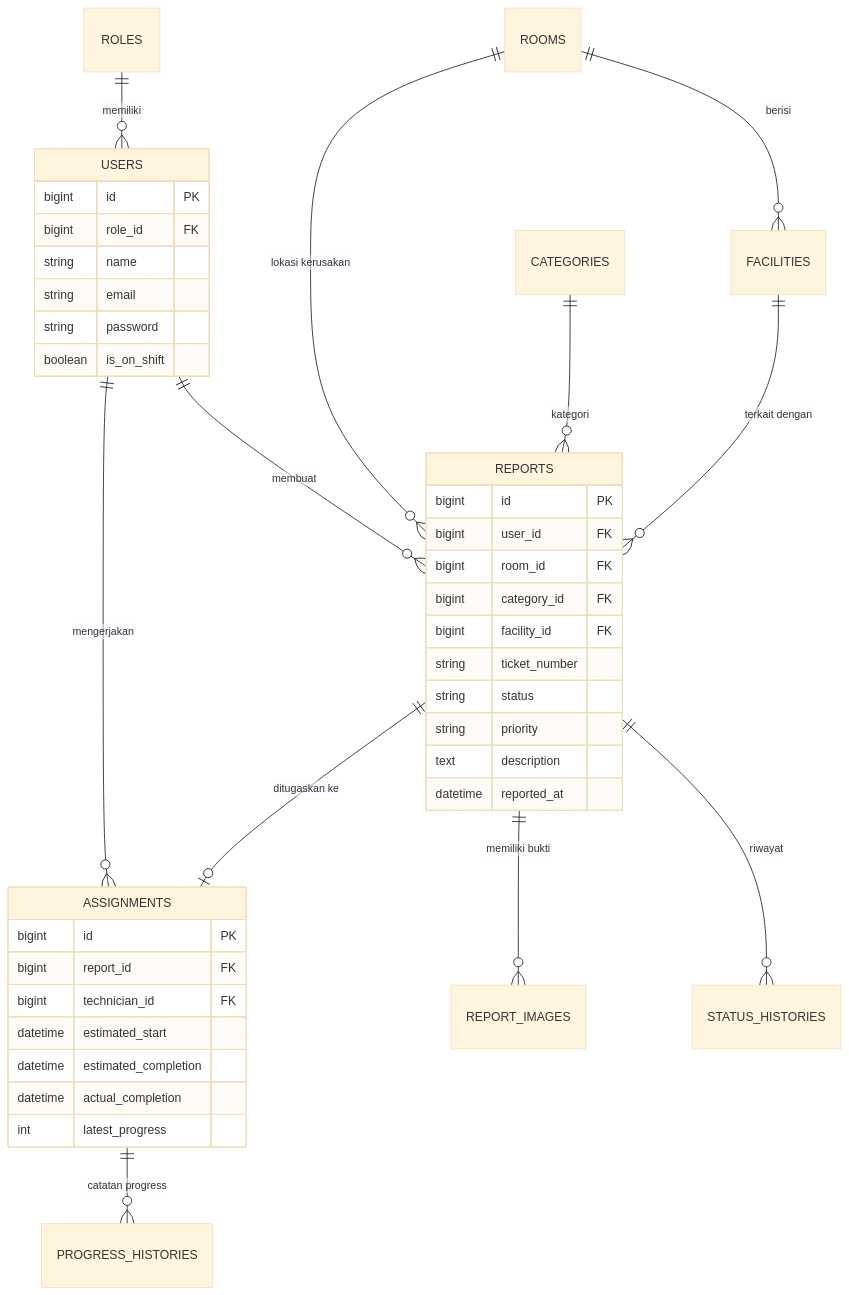
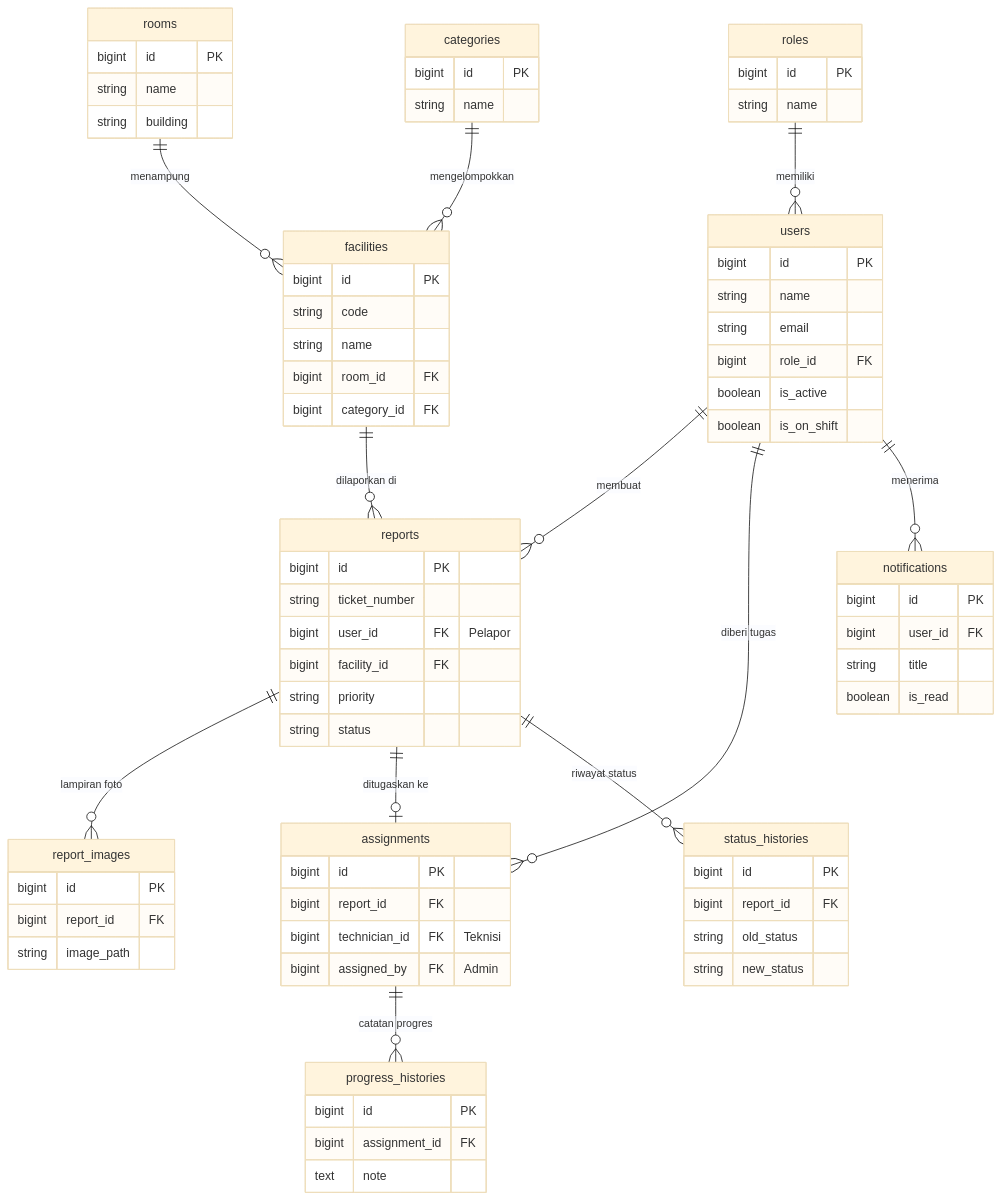
Before and after one commit to adiprasetyo045/simfas-rsu-kendal: the second of 3 diagrams in DOKUMENTASI_SISTEM.md, drawn with Mermaid (base theme). The commit also changed other lines of this file and 2 other files, not shown here.

````diff
--- a/DOKUMENTASI_SISTEM.md
+++ b/DOKUMENTASI_SISTEM.md
@@ -55,46 +68,79 @@
 ```mermaid
 erDiagram
-    USERS ||--o{ REPORTS : "membuat"
-    USERS ||--o{ ASSIGNMENTS : "mengerjakan"
-    ROLES ||--o{ USERS : "memiliki"
-    ROOMS ||--o{ FACILITIES : "berisi"
-    ROOMS ||--o{ REPORTS : "lokasi kerusakan"
-    CATEGORIES ||--o{ REPORTS : "kategori"
-    FACILITIES ||--o{ REPORTS : "terkait dengan"
-    REPORTS ||--o{ REPORT_IMAGES : "memiliki bukti"
-    REPORTS ||--o{ STATUS_HISTORIES : "riwayat"
-    REPORTS ||--o| ASSIGNMENTS : "ditugaskan ke"
-    ASSIGNMENTS ||--o{ PROGRESS_HISTORIES : "catatan progress"
-
-    USERS {
+    users {
         bigint id PK
-        bigint role_id FK
         string name
         string email
-        string password
+        bigint role_id FK
+        boolean is_active
         boolean is_on_shift
     }
-    
-    REPORTS {
+    roles {
+        bigint id PK
+        string name
+    }
+    rooms {
+        bigint id PK
+        string name
+        string building
+    }
+    categories {
+        bigint id PK
+        string name
+    }
+    facilities {
+        bigint id PK
+        string code
+        string name
+        bigint room_id FK
+        bigint category_id FK
+    }
+    reports {
+        bigint id PK
+        string ticket_number
+        bigint user_id FK "Pelapor"
+        bigint facility_id FK
+        string priority
+        string status
+    }
+    report_images {
+        bigint id PK
+        bigint report_id FK
+        string image_path
+    }
+    assignments {
+        bigint id PK
+        bigint report_id FK
+        bigint technician_id FK "Teknisi"
+        bigint assigned_by FK "Admin"
+    }
+    progress_histories {
+        bigint id PK
+        bigint assignment_id FK
+        text note
+    }
+    status_histories {
+        bigint id PK
+        bigint report_id FK
+        string old_status
+        string new_status
+    }
+    notifications {
         bigint id PK
         bigint user_id FK
-        bigint room_id FK
-        bigint category_id FK
-        bigint facility_id FK
-        string ticket_number
-        string status
-        string priority
-        text description
-        datetime reported_at
+        string title
+        boolean is_read
     }
 
-    ASSIGNMENTS {
-        bigint id PK
-        bigint report_id FK
-        bigint technician_id FK
-        datetime estimated_start
-        datetime estimated_completion
-        datetime actual_completion
-        int latest_progress
-    }
+    roles ||--o{ users : "memiliki"
+    rooms ||--o{ facilities : "menampung"
+    categories ||--o{ facilities : "mengelompokkan"
+    users ||--o{ reports : "membuat"
+    facilities ||--o{ reports : "dilaporkan di"
+    reports ||--o{ report_images : "lampiran foto"
+    reports ||--o| assignments : "ditugaskan ke"
+    users ||--o{ assignments : "diberi tugas"
+    assignments ||--o{ progress_histories : "catatan progres"
+    reports ||--o{ status_histories : "riwayat status"
+    users ||--o{ notifications : "menerima"
 ```
````
